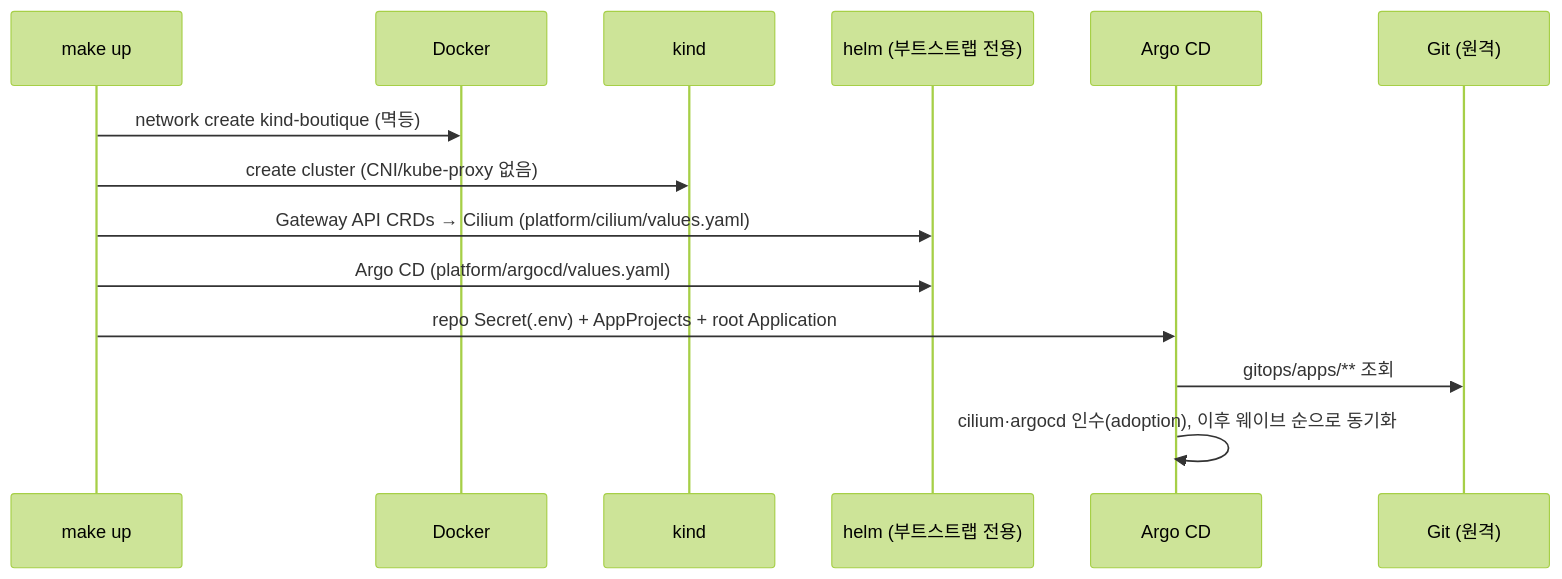
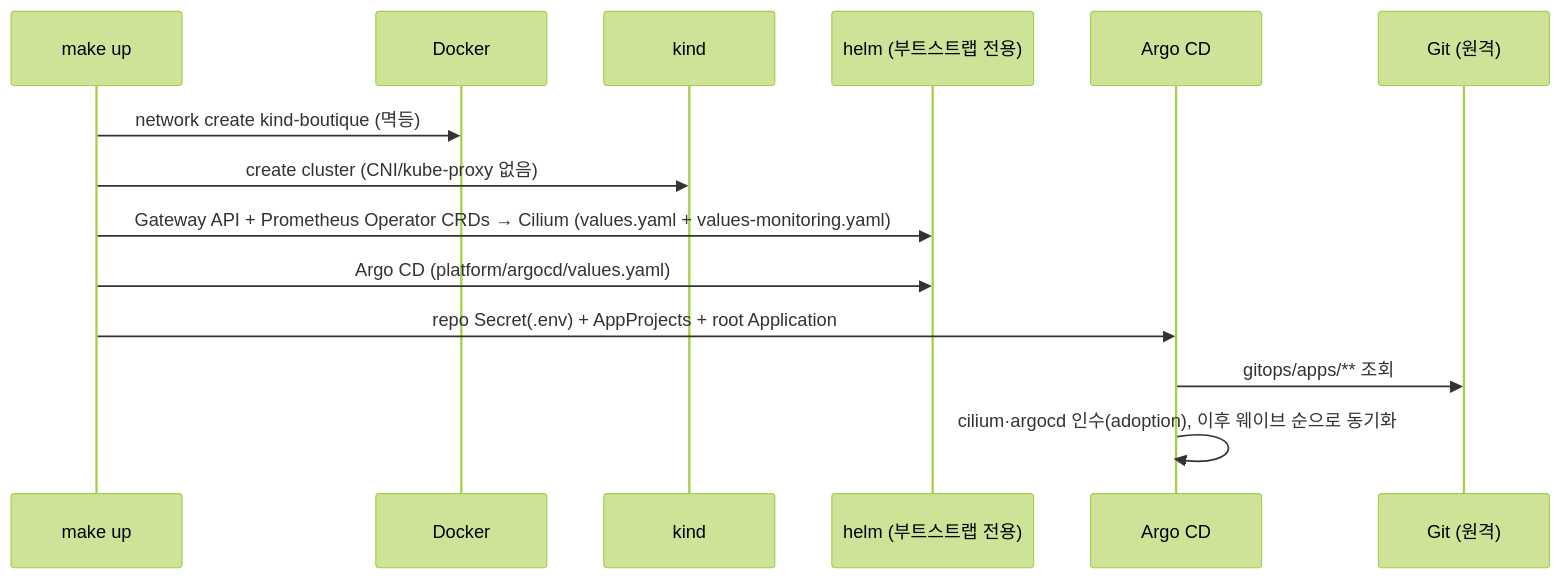
One commit to johnnreborn/minikube changed the seventh of 7 diagrams in ARCHITECTURE.md. Above: the diagram before and after it, drawn with Mermaid (forest theme). The commit also changed other lines of this file and 7 other files, not shown here.

First line of the commit message:
feat(phase-7): bootstrap Cilium with the monitoring layer after the Prometheus CRDs

````diff
--- a/ARCHITECTURE.md
+++ b/ARCHITECTURE.md
@@ -309,16 +309,16 @@
 ```mermaid
 sequenceDiagram
   participant M as make up
   participant D as Docker
   participant K as kind
   participant H as helm (부트스트랩 전용)
   participant A as Argo CD
   participant G as Git (원격)
   M->>D: network create kind-boutique (멱등)
   M->>K: create cluster (CNI/kube-proxy 없음)
-  M->>H: Gateway API CRDs → Cilium (platform/cilium/values.yaml)
+  M->>H: Gateway API + Prometheus Operator CRDs → Cilium (values.yaml + values-monitoring.yaml)
   M->>H: Argo CD (platform/argocd/values.yaml)
   M->>A: repo Secret(.env) + AppProjects + root Application
   A->>G: gitops/apps/** 조회
   A->>A: cilium·argocd 인수(adoption), 이후 웨이브 순으로 동기화
 ```
````
